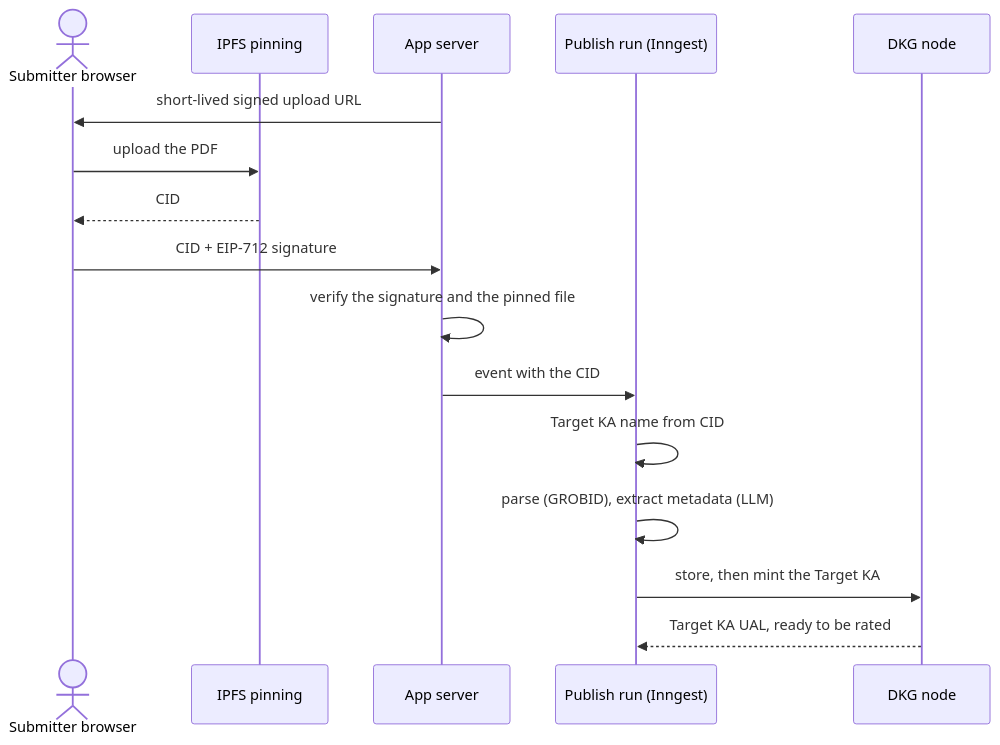
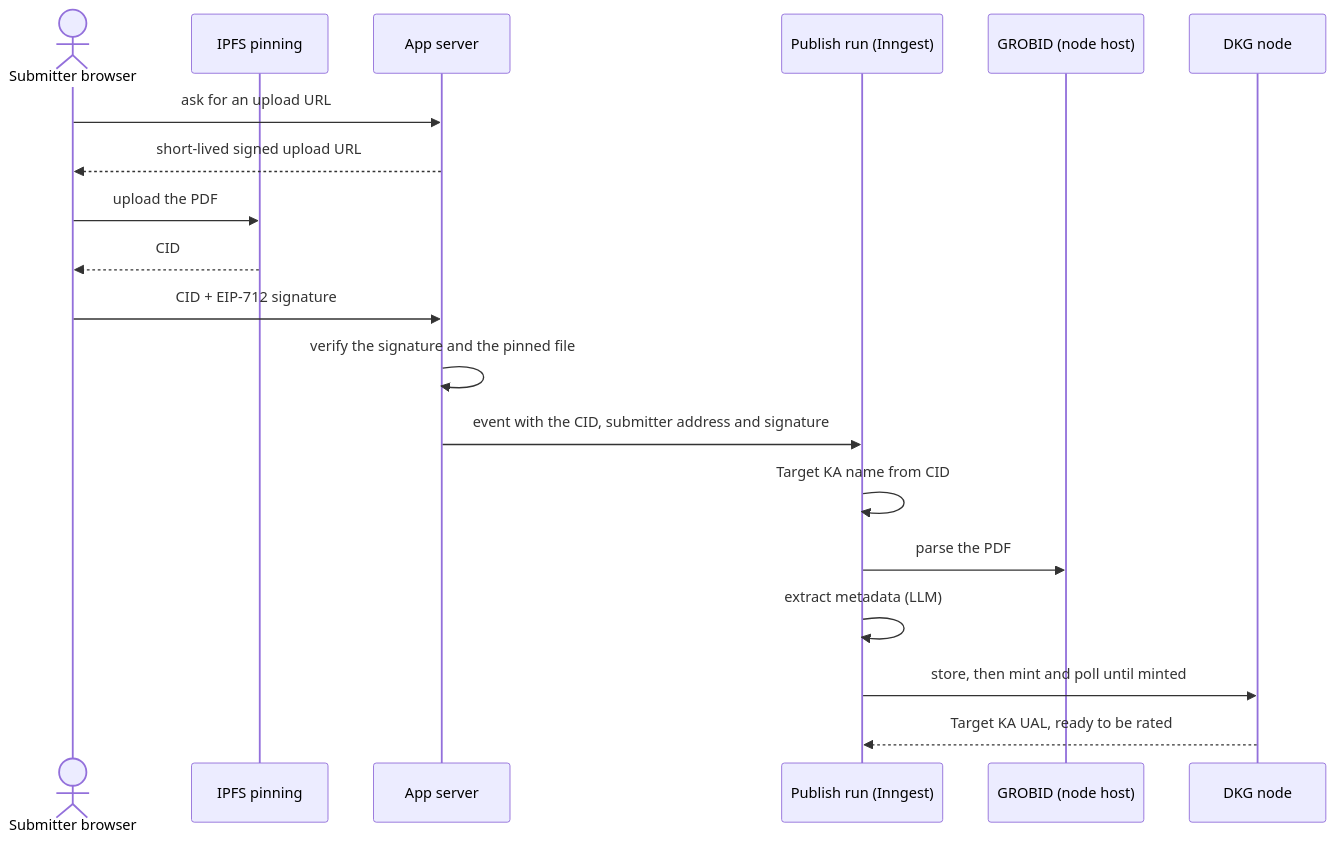
One commit to SiegfriedBz/verisci changed the third of 3 diagrams in README.md. Above: the diagram before and after it, drawn with Mermaid. The commit also changed other lines of this file, not shown here.

First line of the commit message:
docs: align the architecture diagrams with the adrs

````diff
--- a/README.md
+++ b/README.md
@@ -109,18 +132,21 @@
 ```mermaid
 sequenceDiagram
   actor U as Submitter browser
   participant P as IPFS pinning
   participant A as App server
   participant R as Publish run (Inngest)
+  participant G as GROBID (node host)
   participant N as DKG node
-  A->>U: short-lived signed upload URL
+  U->>A: ask for an upload URL
+  A-->>U: short-lived signed upload URL
   U->>P: upload the PDF
   P-->>U: CID
   U->>A: CID + EIP-712 signature
   A->>A: verify the signature and the pinned file
-  A->>R: event with the CID
+  A->>R: event with the CID, submitter address and signature
   R->>R: Target KA name from CID
-  R->>R: parse (GROBID), extract metadata (LLM)
-  R->>N: store, then mint the Target KA
+  R->>G: parse the PDF
+  R->>R: extract metadata (LLM)
+  R->>N: store, then mint and poll until minted
   N-->>R: Target KA UAL, ready to be rated
 ```
````
